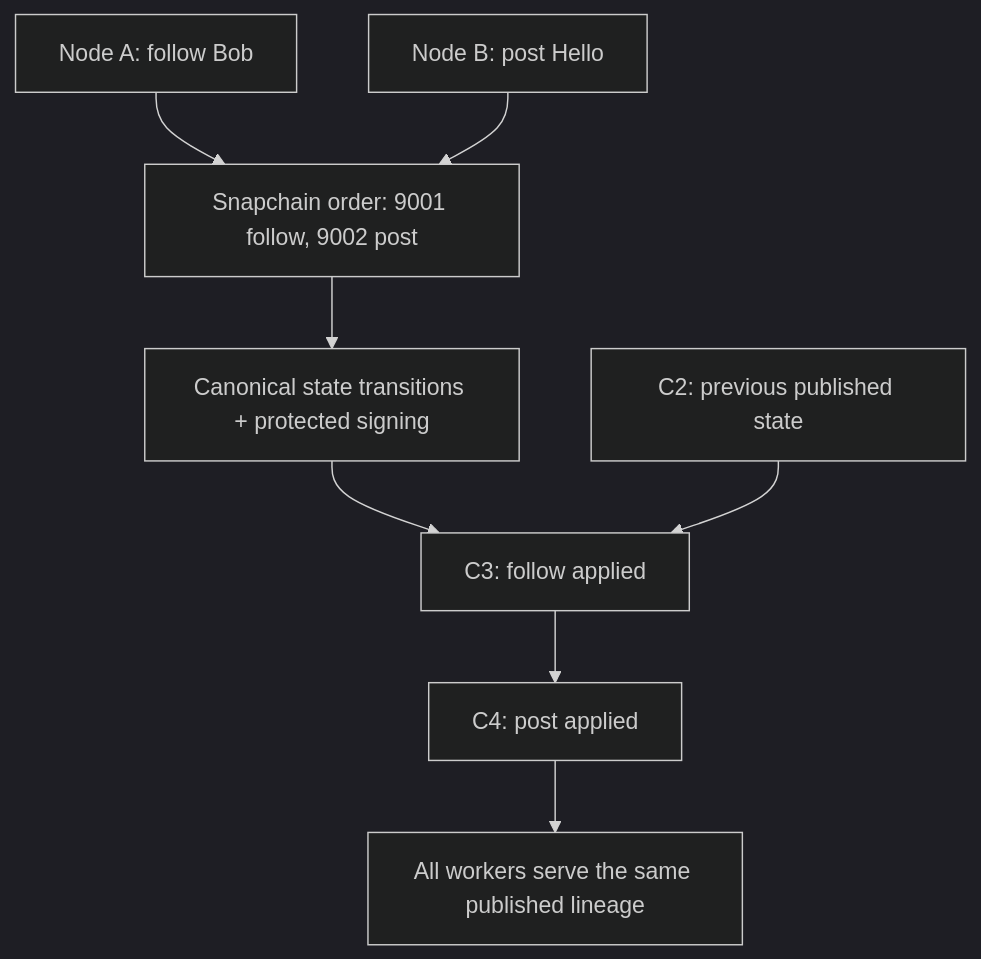
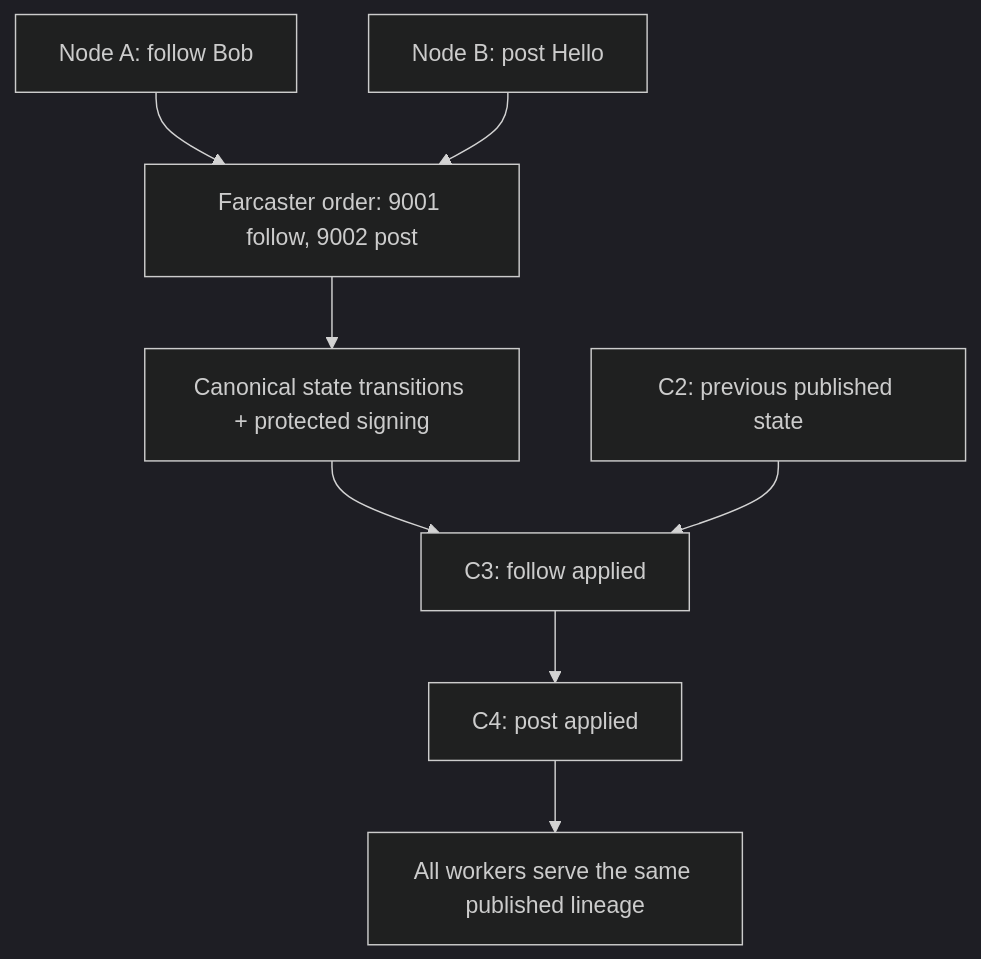
The second of 3 diagrams in README.md (pierce403/psky), drawn with Mermaid (dark theme) before and after one commit. The commit also changed other lines of this file and 3 other files, not shown here.

````diff
--- a/README.md
+++ b/README.md
@@ -89,10 +89,10 @@
 ```mermaid
 flowchart TD
   a["Node A: follow Bob"] --> ordered
   b["Node B: post Hello"] --> ordered
-  ordered["Snapchain order: 9001 follow, 9002 post"] --> projection["Canonical state transitions + protected signing"]
+  ordered["Farcaster order: 9001 follow, 9002 post"] --> projection["Canonical state transitions + protected signing"]
   projection --> c3["C3: follow applied"]
   c2["C2: previous published state"] --> c3
   c3 --> c4["C4: post applied"]
   c4 --> readers["All workers serve the same published lineage"]
 ```
````
